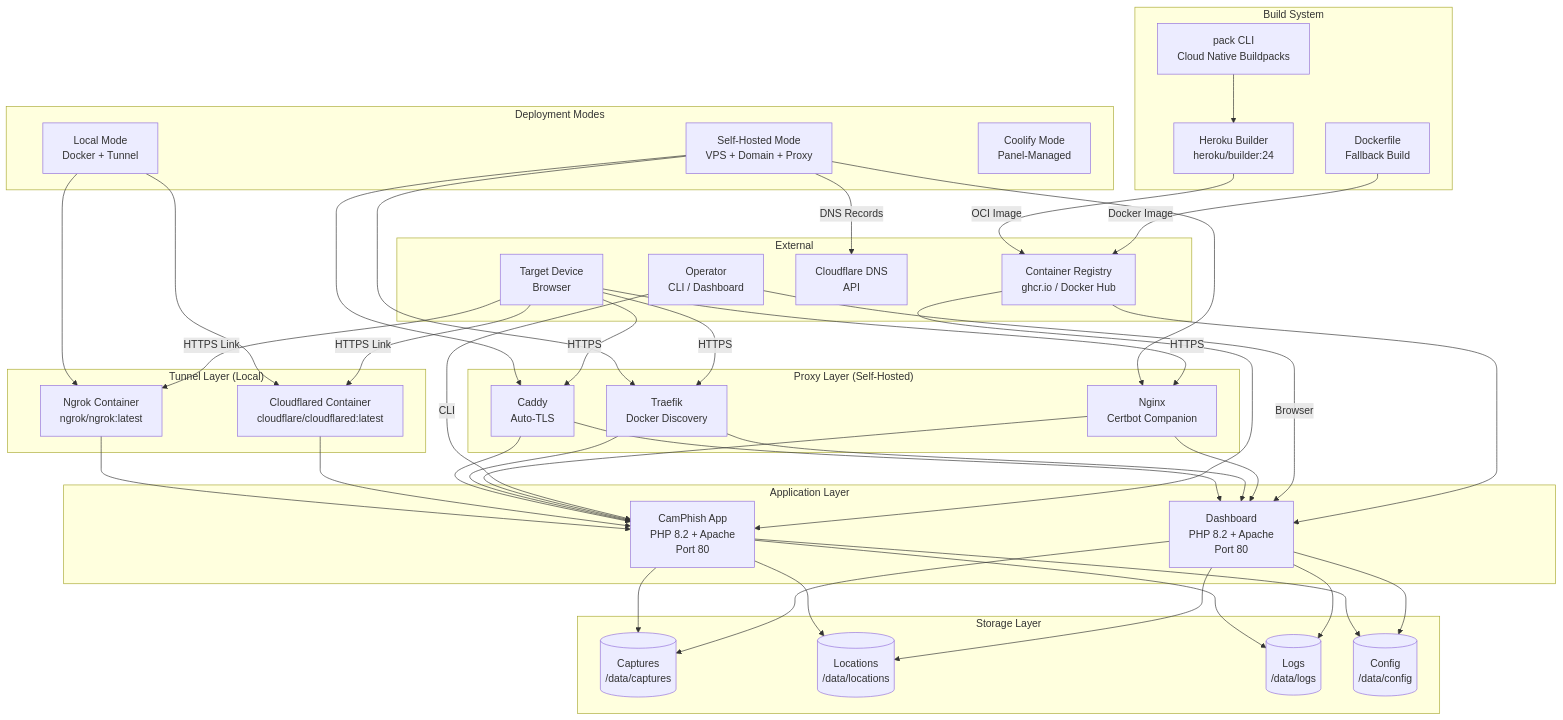
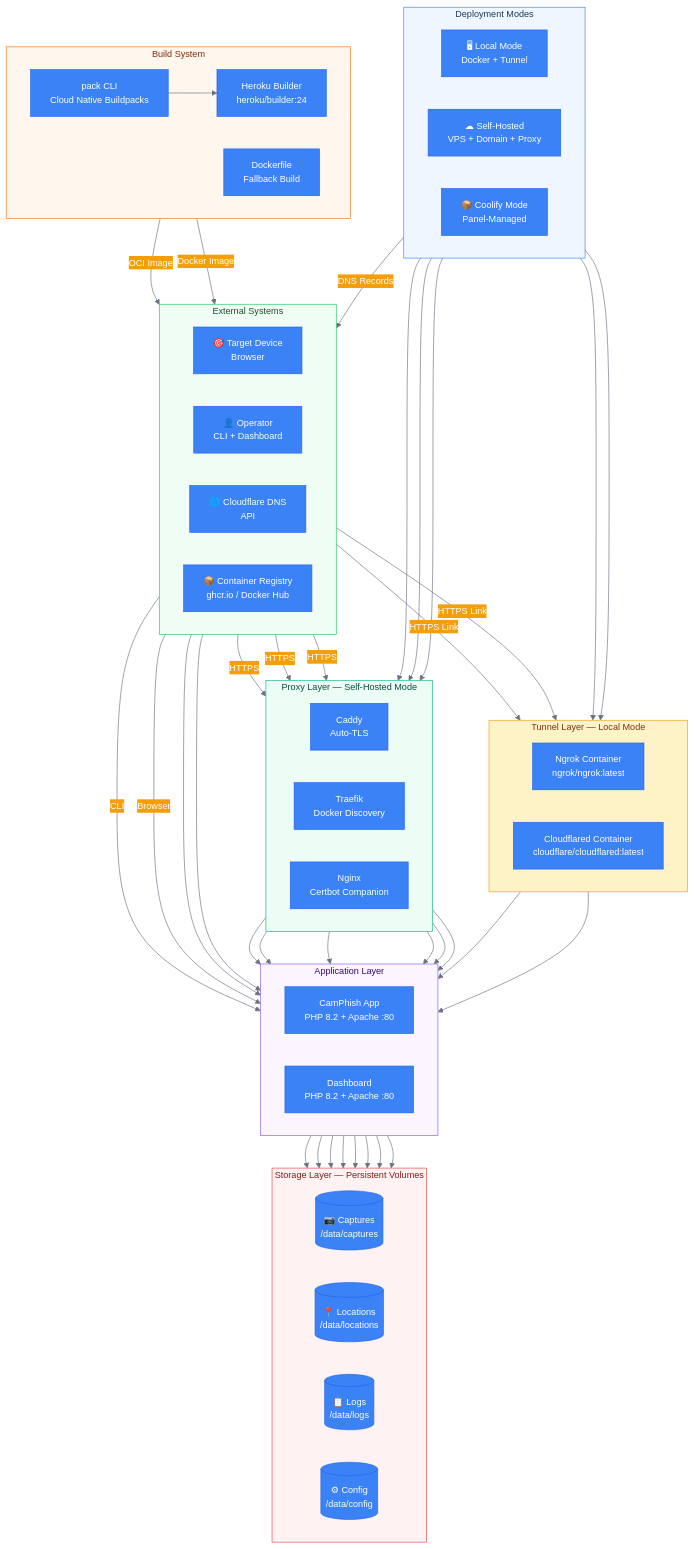
Before and after one commit to yashodhank/CamPhish: the diagram in docs/diagrams/architecture.mmd, drawn with Mermaid. The commit also changed 23 other files, not shown here.

First line of the commit message:
docs: enhance all 12 diagrams with dual-background styling + add landing page visitor UX flow

```diff
--- a/docs/diagrams/architecture.mmd
+++ b/docs/diagrams/architecture.mmd
@@ -1,72 +1,88 @@
+%%{init: {'theme': 'base', 'themeVariables': {'primaryColor': '#3b82f6','primaryTextColor': '#ffffff','primaryBorderColor': '#2563eb','lineColor': '#6b7280','secondaryColor': '#f59e0b','tertiaryColor': '#10b981','noteBkgColor': '#f3f4f6','noteTextColor': '#1f2937','fontSize': '14px'}}}%%
 flowchart TD
-  subgraph "Deployment Modes"
-    LOCAL["Local Mode\nDocker + Tunnel"]
-    SELF["Self-Hosted Mode\nVPS + Domain + Proxy"]
-    COOLIFY["Coolify Mode\nPanel-Managed"]
+  subgraph DEPLOY["Deployment Modes"]
+    direction LR
+    LOCAL["🖥 Local Mode\nDocker + Tunnel"]
+    SELF["☁ Self-Hosted\nVPS + Domain + Proxy"]
+    COOLIFY["📦 Coolify Mode\nPanel-Managed"]
   end
 
-  subgraph "Tunnel Layer (Local)"
+  subgraph TUNNEL["Tunnel Layer — Local Mode"]
+    direction LR
     NGROK["Ngrok Container\nngrok/ngrok:latest"]
     CFLARED["Cloudflared Container\ncloudflare/cloudflared:latest"]
   end
 
-  subgraph "Proxy Layer (Self-Hosted)"
+  subgraph PROXY["Proxy Layer — Self-Hosted Mode"]
+    direction LR
     CADDY["Caddy\nAuto-TLS"]
     TRAEFIK["Traefik\nDocker Discovery"]
     NGINX["Nginx\nCertbot Companion"]
   end
 
-  subgraph "Application Layer"
-    APP["CamPhish App\nPHP 8.2 + Apache\nPort 80"]
-    DASH["Dashboard\nPHP 8.2 + Apache\nPort 80"]
+  subgraph APP_LAYER["Application Layer"]
+    direction LR
+    APP["CamPhish App\nPHP 8.2 + Apache :80"]
+    DASH["Dashboard\nPHP 8.2 + Apache :80"]
   end
 
-  subgraph "Storage Layer"
-    CAPTURES[("Captures\n/data/captures")]
-    LOCATIONS[("Locations\n/data/locations")]
-    LOGS[("Logs\n/data/logs")]
-    CONFIG[("Config\n/data/config")]
+  subgraph STORAGE["Storage Layer — Persistent Volumes"]
+    direction LR
+    CAPTURES[("📷 Captures\n/data/captures")]
+    LOCATIONS[("📍 Locations\n/data/locations")]
+    LOGS[("📋 Logs\n/data/logs")]
+    CONFIG[("⚙ Config\n/data/config")]
   end
 
-  subgraph "External"
-    TARGET["Target Device\nBrowser"]
-    OPERATOR["Operator\nCLI / Dashboard"]
-    CF_DNS["Cloudflare DNS\nAPI"]
-    REGISTRY["Container Registry\nghcr.io / Docker Hub"]
+  subgraph EXTERNAL["External Systems"]
+    direction LR
+    TARGET["🎯 Target Device\nBrowser"]
+    OPERATOR["👤 Operator\nCLI + Dashboard"]
+    CF_DNS["🌐 Cloudflare DNS\nAPI"]
+    REGISTRY["📦 Container Registry\nghcr.io / Docker Hub"]
   end
 
-  subgraph "Build System"
+  subgraph BUILD["Build System"]
+    direction LR
     PACK["pack CLI\nCloud Native Buildpacks"]
     BUILDER["Heroku Builder\nheroku/builder:24"]
     DOCKERFILE["Dockerfile\nFallback Build"]
   end
 
   LOCAL --> NGROK
   LOCAL --> CFLARED
   SELF --> CADDY
   SELF --> TRAEFIK
   SELF --> NGINX
   NGROK & CFLARED --> APP
   CADDY & TRAEFIK & NGINX --> APP
   CADDY & TRAEFIK & NGINX --> DASH
   APP --> CAPTURES
   APP --> LOCATIONS
   APP --> LOGS
   APP --> CONFIG
   DASH --> CAPTURES
   DASH --> LOCATIONS
   DASH --> LOGS
   DASH --> CONFIG
   TARGET -->|"HTTPS Link"| NGROK
   TARGET -->|"HTTPS Link"| CFLARED
   TARGET -->|"HTTPS"| CADDY
   TARGET -->|"HTTPS"| TRAEFIK
   TARGET -->|"HTTPS"| NGINX
   OPERATOR -->|"CLI"| APP
   OPERATOR -->|"Browser"| DASH
   SELF -->|"DNS Records"| CF_DNS
   PACK --> BUILDER
   BUILDER -->|"OCI Image"| REGISTRY
   DOCKERFILE -->|"Docker Image"| REGISTRY
   REGISTRY --> APP
   REGISTRY --> DASH
+
+  style DEPLOY fill:#eff6ff,stroke:#3b82f6,color:#1e3a5f
+  style TUNNEL fill:#fef3c7,stroke:#f59e0b,color:#78350f
+  style PROXY fill:#ecfdf5,stroke:#10b981,color:#064e3b
+  style APP_LAYER fill:#faf5ff,stroke:#8b5cf6,color:#3b0764
+  style STORAGE fill:#fef2f2,stroke:#ef4444,color:#7f1d1d
+  style EXTERNAL fill:#f0fdf4,stroke:#22c55e,color:#14532d
+  style BUILD fill:#fff7ed,stroke:#f97316,color:#7c2d12
```
